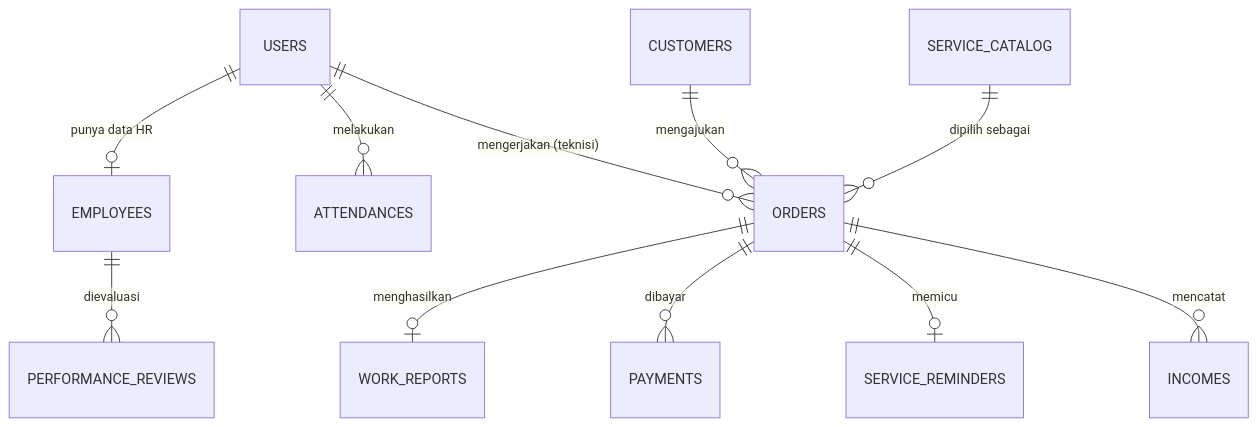
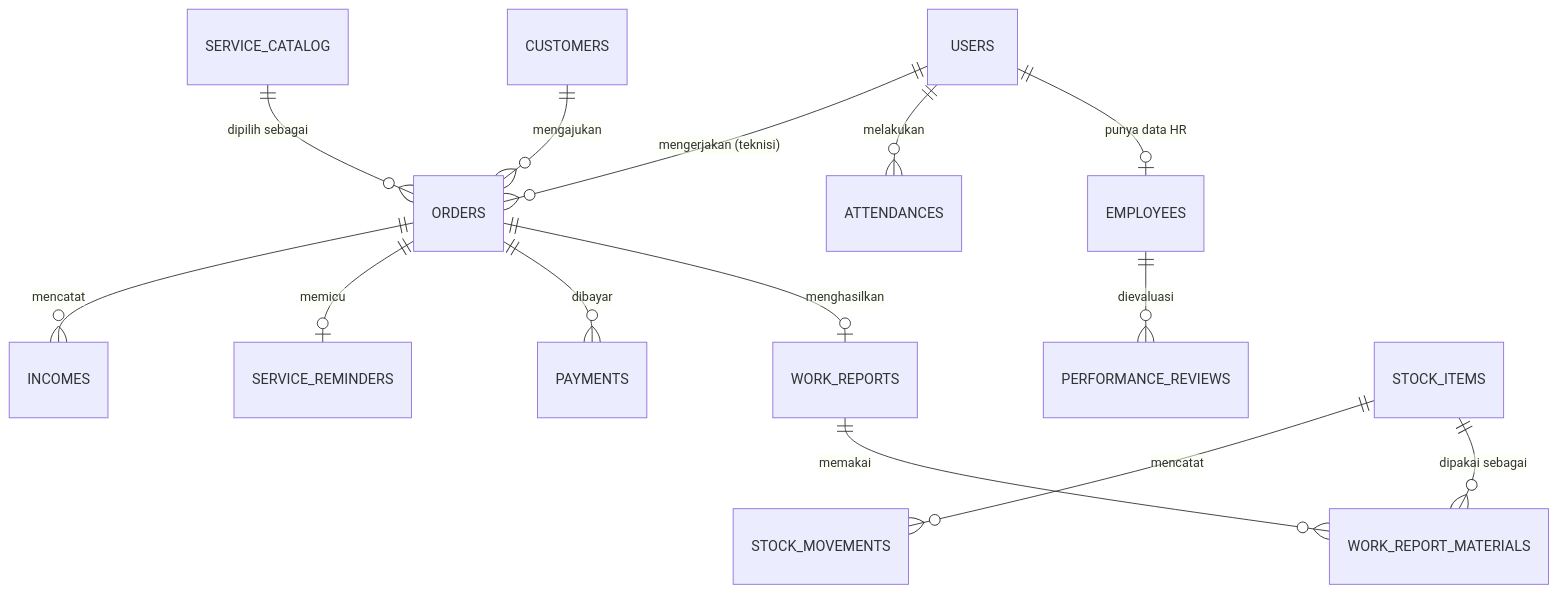
Before and after one commit to ishafis23/prd_paccing_app: the diagram in dev-plan/database-schema.md, drawn with Mermaid. The commit also changed other lines of this file and 134 other files, not shown here.

````diff
--- a/dev-plan/database-schema.md
+++ b/dev-plan/database-schema.md
@@ -7,13 +7,16 @@
 ```mermaid
 erDiagram
     USERS ||--o| EMPLOYEES : "punya data HR"
     USERS ||--o{ ATTENDANCES : melakukan
     USERS ||--o{ ORDERS : "mengerjakan (teknisi)"
     CUSTOMERS ||--o{ ORDERS : mengajukan
     ORDERS ||--o| WORK_REPORTS : menghasilkan
     ORDERS ||--o{ PAYMENTS : dibayar
     ORDERS ||--o| SERVICE_REMINDERS : memicu
     ORDERS ||--o{ INCOMES : mencatat
     EMPLOYEES ||--o{ PERFORMANCE_REVIEWS : dievaluasi
     SERVICE_CATALOG ||--o{ ORDERS : "dipilih sebagai"
+    WORK_REPORTS ||--o{ WORK_REPORT_MATERIALS : memakai
+    STOCK_ITEMS ||--o{ WORK_REPORT_MATERIALS : "dipakai sebagai"
+    STOCK_ITEMS ||--o{ STOCK_MOVEMENTS : mencatat
 ```
````
